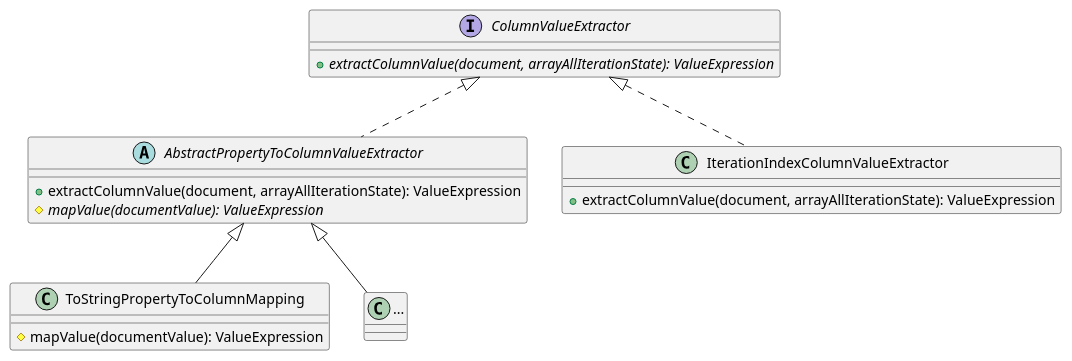
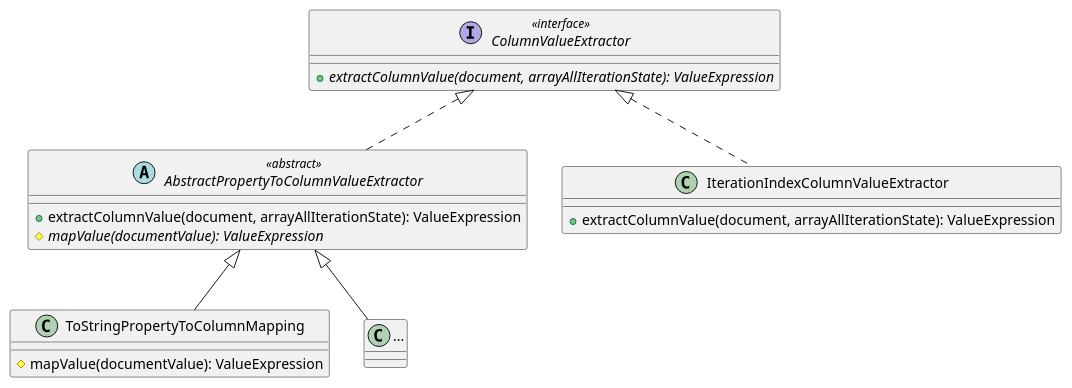
Before and after one commit to exasol/dynamodb-virtual-schema: the diagram in doc/diagrams/valueExtractors.puml, drawn with PlantUML. The commit also changed 7 other files, not shown here.

Commit message:
added interface annotation to diagrams

```diff
--- a/doc/diagrams/valueExtractors.puml
+++ b/doc/diagrams/valueExtractors.puml
@@ -1,28 +1,28 @@
 @startuml
 
-interface ColumnValueExtractor{
+interface  ColumnValueExtractor <<interface>> {
 + {abstract} extractColumnValue(document, arrayAllIterationState): ValueExpression
 }
 
-abstract class AbstractPropertyToColumnValueExtractor{
+abstract class AbstractPropertyToColumnValueExtractor <<abstract>>{
 + extractColumnValue(document, arrayAllIterationState): ValueExpression
 # {abstract} mapValue(documentValue): ValueExpression
 }
 
 class IterationIndexColumnValueExtractor{
 + extractColumnValue(document, arrayAllIterationState): ValueExpression
 }
 
 class ToStringPropertyToColumnMapping{
 #mapValue(documentValue): ValueExpression
 }
 
 class "..." as more{
 }
 
 
 ColumnValueExtractor <|.. AbstractPropertyToColumnValueExtractor
 ColumnValueExtractor <|.. IterationIndexColumnValueExtractor
 AbstractPropertyToColumnValueExtractor <|-- ToStringPropertyToColumnMapping
 AbstractPropertyToColumnValueExtractor <|-- more
 @enduml
```
